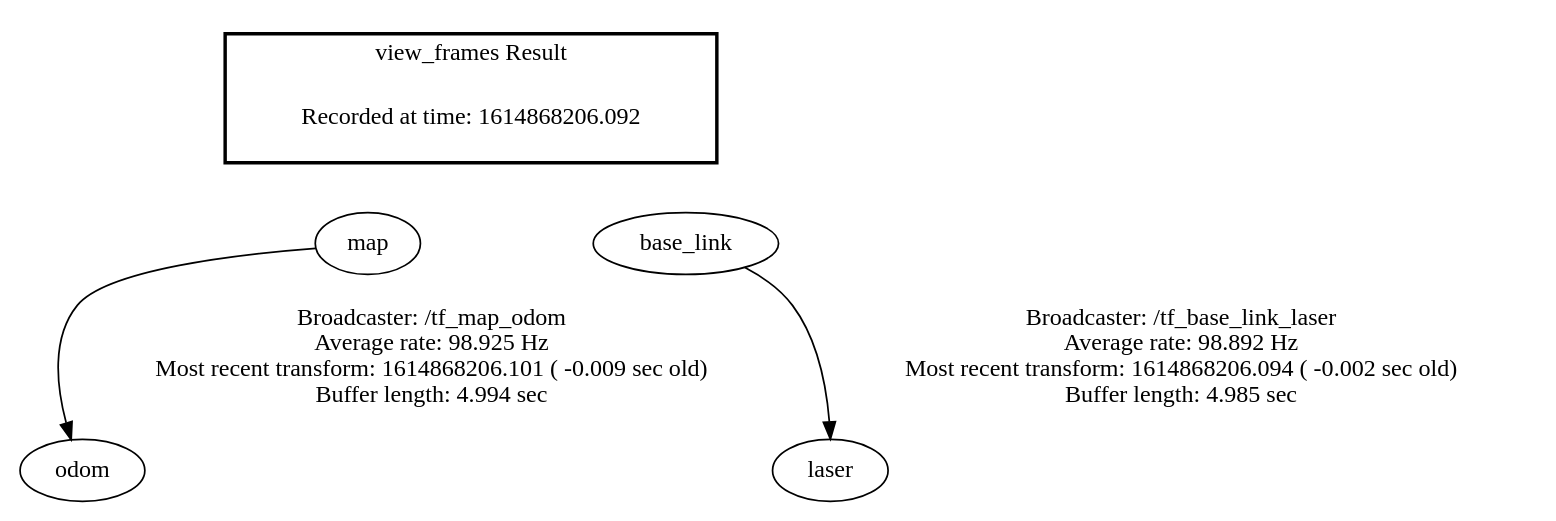
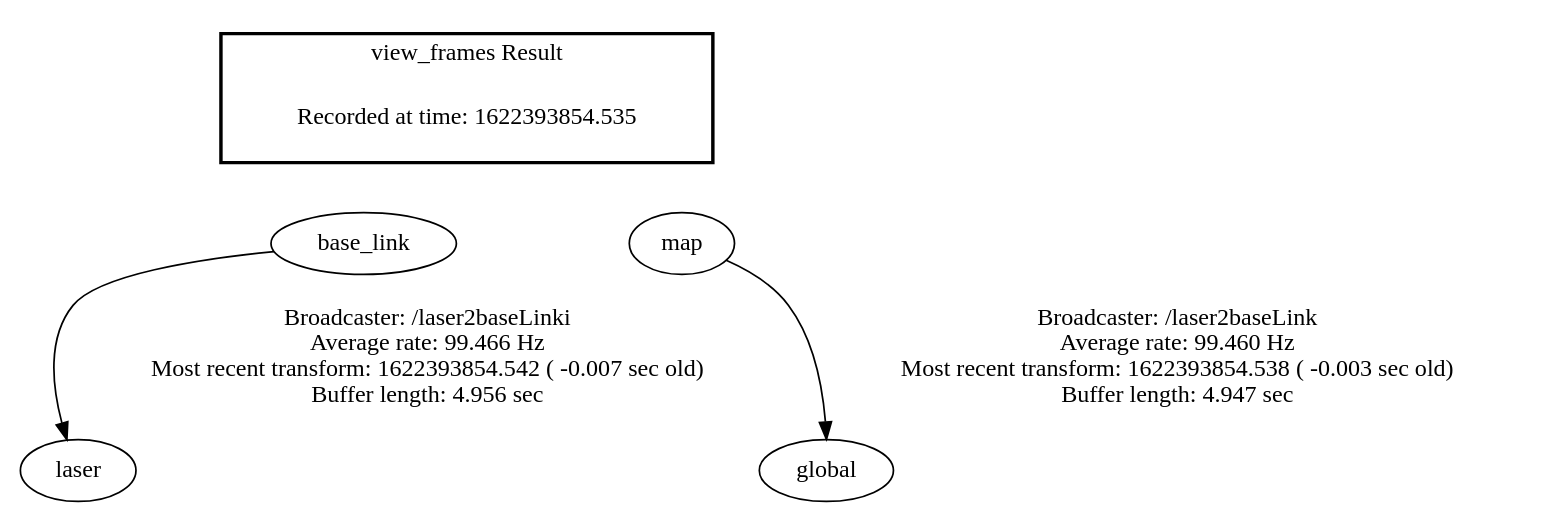
Before and after one commit to waynerobotics/veronica: the diagram in frames.gv, drawn with Graphviz. The commit also changed 25 other files, not shown here.

```diff
--- a/frames.gv
+++ b/frames.gv
@@ -1,12 +1,12 @@
 digraph G {
-"map" -> "odom"[label="Broadcaster: /tf_map_odom\nAverage rate: 98.925 Hz\nMost recent transform: 1614868206.101 ( -0.009 sec old)\nBuffer length: 4.994 sec\n"];
-"base_link" -> "laser"[label="Broadcaster: /tf_base_link_laser\nAverage rate: 98.892 Hz\nMost recent transform: 1614868206.094 ( -0.002 sec old)\nBuffer length: 4.985 sec\n"];
+"base_link" -> "laser"[label="Broadcaster: /laser2baseLinki\nAverage rate: 99.466 Hz\nMost recent transform: 1622393854.542 ( -0.007 sec old)\nBuffer length: 4.956 sec\n"];
+"map" -> "global"[label="Broadcaster: /laser2baseLink\nAverage rate: 99.460 Hz\nMost recent transform: 1622393854.538 ( -0.003 sec old)\nBuffer length: 4.947 sec\n"];
 edge [style=invis];
  subgraph cluster_legend { style=bold; color=black; label ="view_frames Result";
-"Recorded at time: 1614868206.092"[ shape=plaintext ] ;
- }->"map";
+"Recorded at time: 1622393854.535"[ shape=plaintext ] ;
+ }->"base_link";
 edge [style=invis];
  subgraph cluster_legend { style=bold; color=black; label ="view_frames Result";
-"Recorded at time: 1614868206.092"[ shape=plaintext ] ;
- }->"base_link";
+"Recorded at time: 1622393854.535"[ shape=plaintext ] ;
+ }->"map";
 }
```
